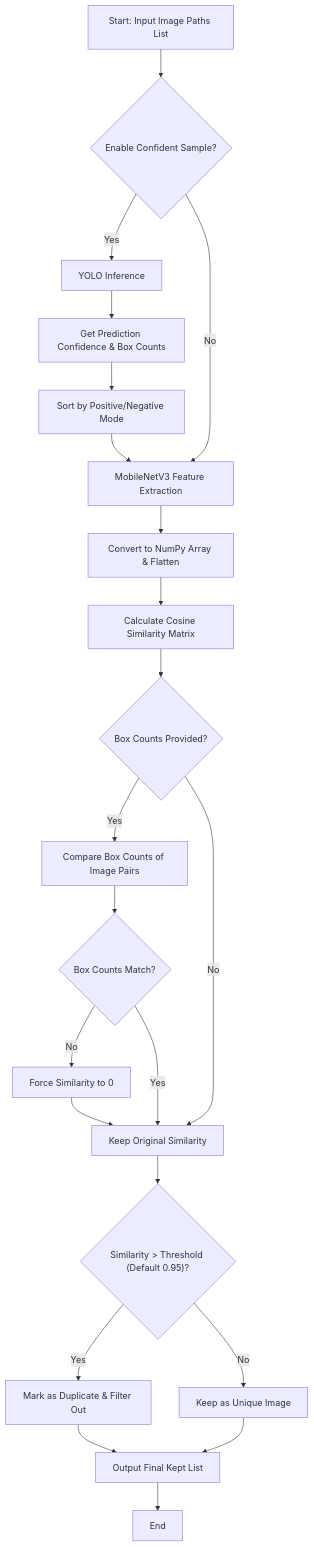
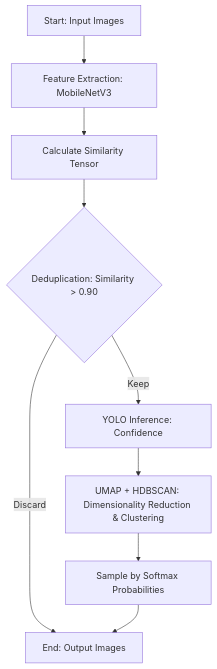
The diagram in sampling/detail/SAMPLING_DETAILS_en.md (leo2783/Traffic-Violation-Reporting-Automation-TVRA), drawn with Mermaid before and after one commit. The commit also changed other lines of this file and 13066 other files, not shown here.

````diff
--- a/sampling/detail/SAMPLING_DETAILS_en.md
+++ b/sampling/detail/SAMPLING_DETAILS_en.md
@@ -10,30 +10,11 @@
 ```mermaid
 graph TD
-    A[Start: Input Image Paths List] --> B{"Enable Confident Sample?"}
-    
-    B -- Yes --> C[YOLO Inference]
-    C --> C1[Get Prediction Confidence & Box Counts]
-    C1 --> C2[Sort by Positive/Negative Mode]
-    C2 --> D
-    
-    B -- No --> D[MobileNetV3 Feature Extraction]
-    
-    D --> E[Convert to NumPy Array & Flatten]
-    E --> F[Calculate Cosine Similarity Matrix]
-    
-    F --> G{"Box Counts Provided?"}
-    G -- Yes --> H[Compare Box Counts of Image Pairs]
-    H --> I{"Box Counts Match?"}
-    I -- No --> J[Force Similarity to 0]
-    I -- Yes --> K
-    G -- No --> K[Keep Original Similarity]
-    J --> K
-    
-    K --> L{"Similarity > Threshold (Default 0.95)?"}
-    L -- Yes --> M[Mark as Duplicate & Filter Out]
-    L -- No --> N[Keep as Unique Image]
-    
-    M --> O[Output Final Kept List]
-    N --> O
-    O --> P[End]
+    A[Start: Input Images] --> B[Feature Extraction: MobileNetV3]
+    B --> C[Calculate Similarity Tensor]
+    C --> D{Deduplication: Similarity > 0.90}
+    D -- Discard --> H[End: Output Images]
+    D -- Keep --> E[YOLO Inference: Confidence]
+    E --> F[UMAP + HDBSCAN: Dimensionality Reduction & Clustering]
+    F --> G[Sample by Softmax Probabilities]
+    G --> H
 ```
````
